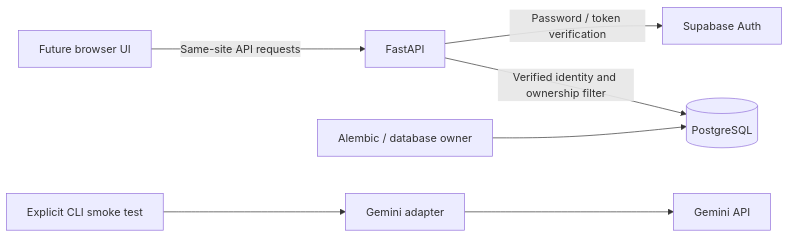
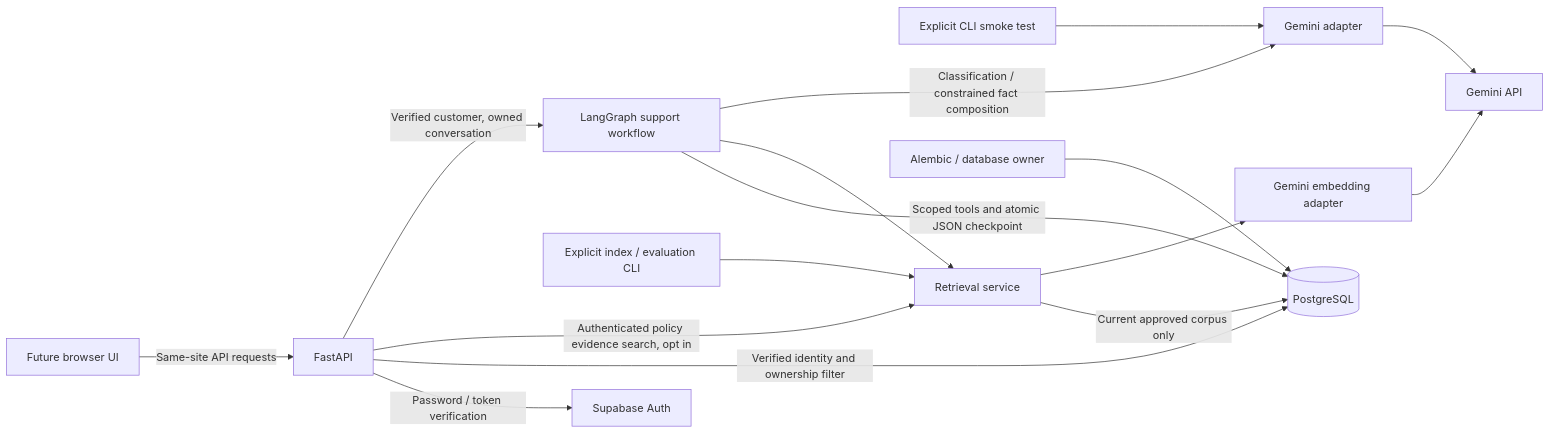
The diagram in docs/architecture.md (ellacmd/canopy-ai), drawn with Mermaid before and after one commit. The commit also changed other lines of this file and 45 other files, not shown here.

Commit message:
feat(support): add cited retrieval and stateful support workflows

````diff
--- a/docs/architecture.md
+++ b/docs/architecture.md
@@ -3,9 +3,18 @@
 ```mermaid
 flowchart LR
     B[Future browser UI] -->|Same-site API requests| A[FastAPI]
     A -->|Password / token verification| S[Supabase Auth]
     A -->|Verified identity and ownership filter| D[(PostgreSQL)]
     C[Explicit CLI smoke test] --> L[Gemini adapter]
     L --> G[Gemini API]
+    A -->|Authenticated policy evidence search, opt in| R[Retrieval service]
+    R -->|Current approved corpus only| D
+    R --> E[Gemini embedding adapter]
+    E --> G
+    I[Explicit index / evaluation CLI] --> R
+    A -->|Verified customer, owned conversation| W[LangGraph support workflow]
+    W -->|Scoped tools and atomic JSON checkpoint| D
+    W --> R
+    W -->|Classification / constrained fact composition| L
     M[Alembic / database owner] --> D
 ```
````
